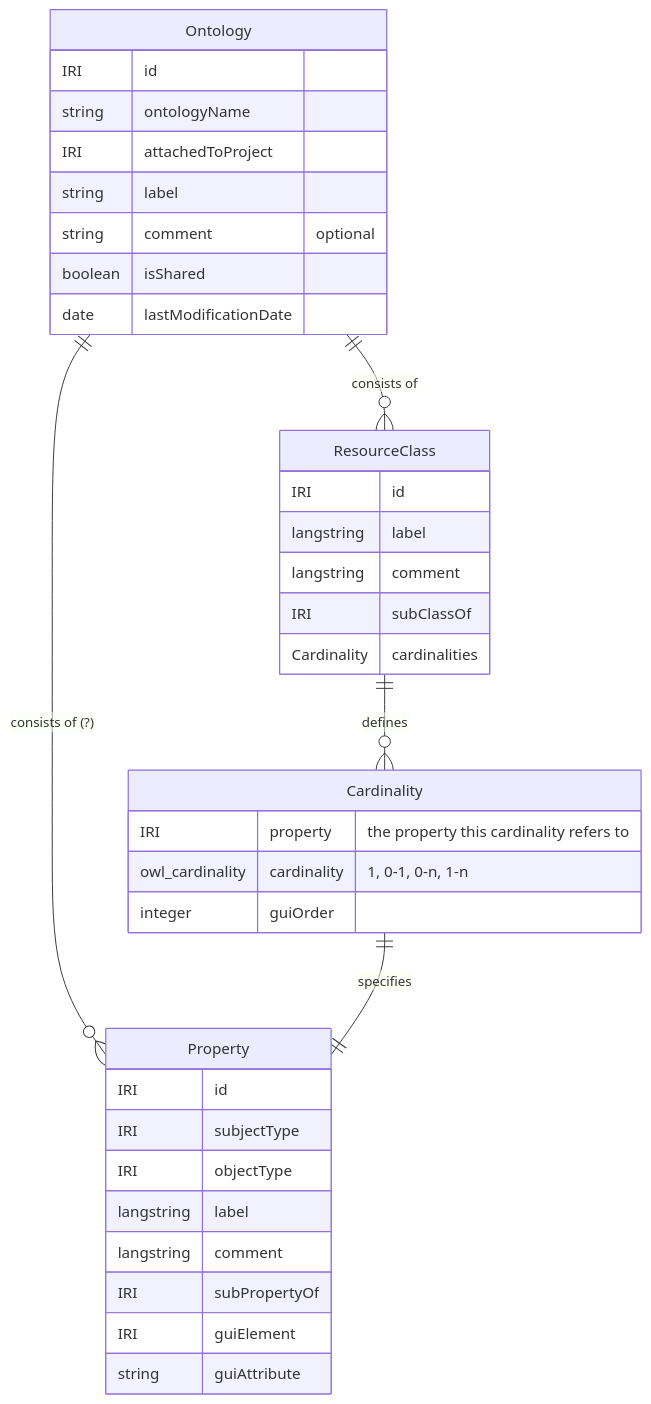
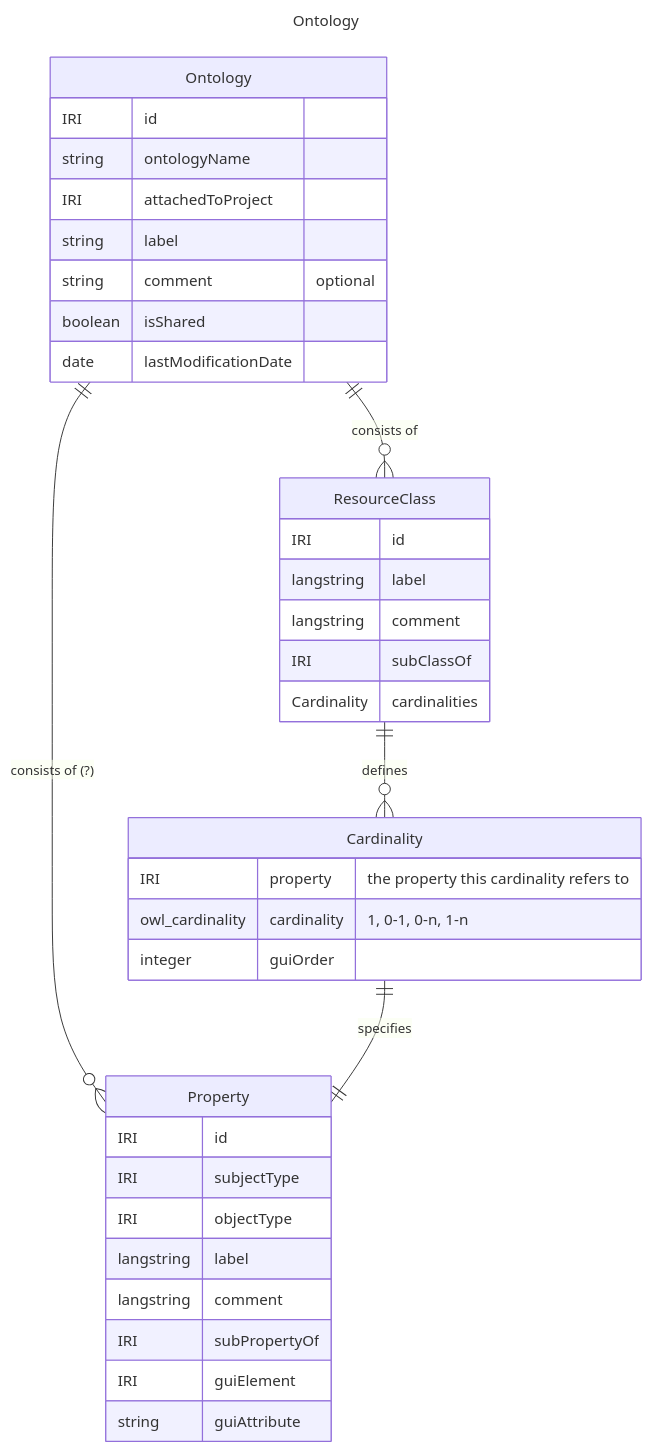
Before and after one commit to dasch-swiss/dsp-api: the third of 9 diagrams in docs/05-internals/design/domain/domain-model.md, drawn with Mermaid. The commit also changed other lines of this file and 1 other file, not shown here.

````diff
--- a/docs/05-internals/design/domain/domain-model.md
+++ b/docs/05-internals/design/domain/domain-model.md
@@ -123,38 +133,41 @@
 ```mermaid
+---
+title: Ontology
+---
 erDiagram
     Ontology {
         IRI id
         string ontologyName
         IRI attachedToProject
         string label
         string comment "optional"
         boolean isShared
         date lastModificationDate
     }
     ResourceClass {
         IRI id
         langstring label
         langstring comment
         IRI subClassOf
         Cardinality cardinalities
     }
     Property {
         IRI id
         IRI subjectType
         IRI objectType
         langstring label
         langstring comment
         IRI subPropertyOf
         IRI guiElement
         string guiAttribute
     }
     Cardinality {
         IRI property "the property this cardinality refers to"
         owl_cardinality cardinality "1, 0-1, 0-n, 1-n"
         integer guiOrder
     }
     Ontology ||--o{ ResourceClass: "consists of"
     Ontology ||--o{ Property: "consists of (?)"
     ResourceClass ||--o{ Cardinality: defines
     Cardinality ||--|| Property: specifies
 ```
````
